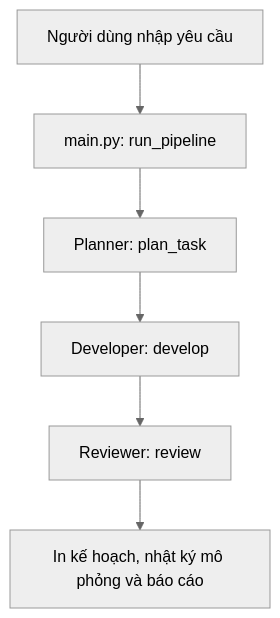
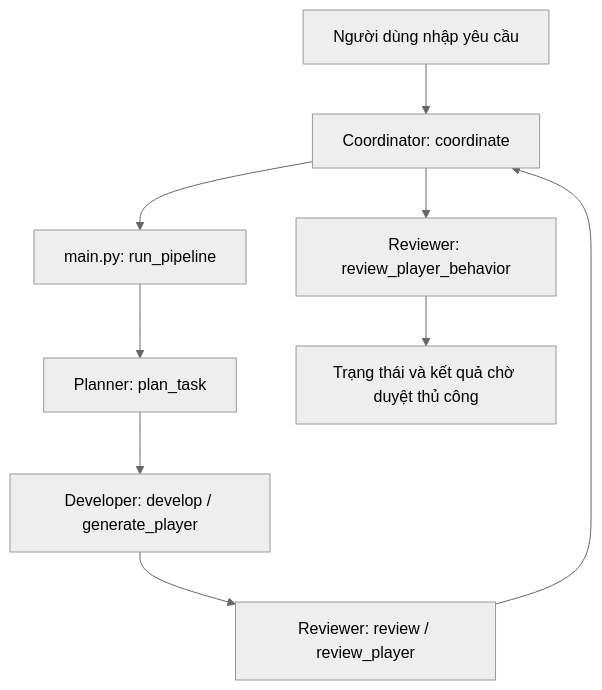
The diagram in docs/architecture.md (buitrungson09-maker/godot-ai-agents), drawn with Mermaid (neutral theme) before and after one commit. The commit also changed other lines of this file, not shown here.

Commit message:
docs: align architecture with four-agent offline pipeline

````diff
--- a/docs/architecture.md
+++ b/docs/architecture.md
@@ -5,8 +7,11 @@
 ```mermaid
 flowchart TD
-    U[Người dùng nhập yêu cầu] --> M[main.py: run_pipeline]
+    U[Người dùng nhập yêu cầu] --> C[Coordinator: coordinate]
+    C --> M[main.py: run_pipeline]
     M --> P[Planner: plan_task]
-    P --> D[Developer: develop]
-    D --> R[Reviewer: review]
-    R --> O[In kế hoạch, nhật ký mô phỏng và báo cáo]
+    P --> D[Developer: develop / generate_player]
+    D --> R[Reviewer: review / review_player]
+    R --> C
+    C --> B[Reviewer: review_player_behavior]
+    B --> O[Trạng thái và kết quả chờ duyệt thủ công]
 ```
````
